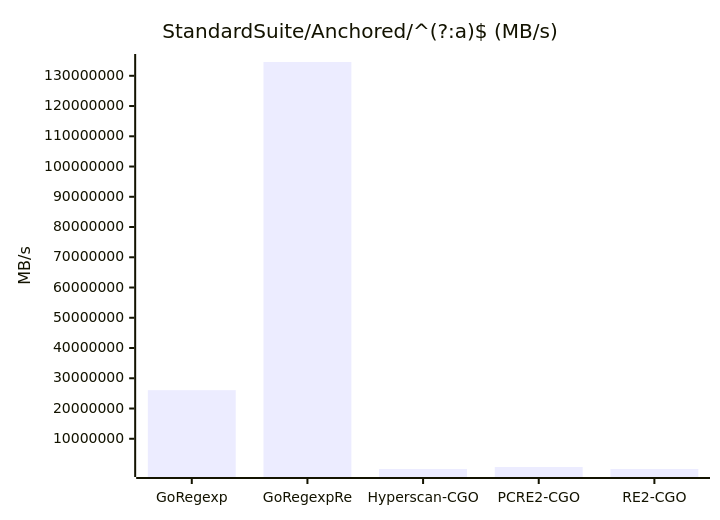
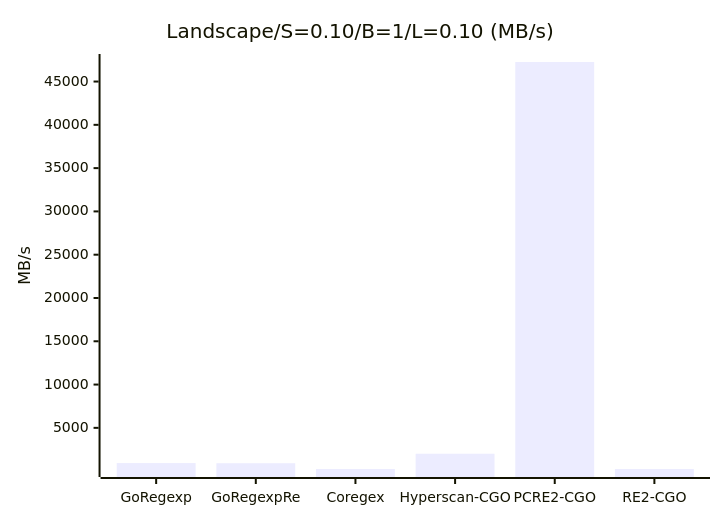
Before and after one commit to kamichidu/go-regexp-re: diagram 14 of 47 in _benchmark_results/cgo_engines.md, drawn with Mermaid. The commit also changed other lines of this file and 3 other files, not shown here.

````diff
--- a/_benchmark_results/cgo_engines.md
+++ b/_benchmark_results/cgo_engines.md
@@ -171,7 +223,7 @@
 ```mermaid
 xychart-beta
-    title "StandardSuite/Anchored/^(?:a)$ (MB/s)"
-    x-axis ["GoRegexp", "GoRegexpRe", "Hyperscan-CGO", "PCRE2-CGO", "RE2-CGO"]
+    title "Landscape/S=0.10/B=1/L=0.10 (MB/s)"
+    x-axis ["GoRegexp", "GoRegexpRe", "Coregex", "Hyperscan-CGO", "PCRE2-CGO", "RE2-CGO"]
     y-axis "MB/s"
-    bar [26063592.55, 134558601.39, 2087.55, 676789.70, 5681.63]
+    bar [931.39, 911.06, 247.04, 2009.74, 47257.16, 247.12]
 ```
````
